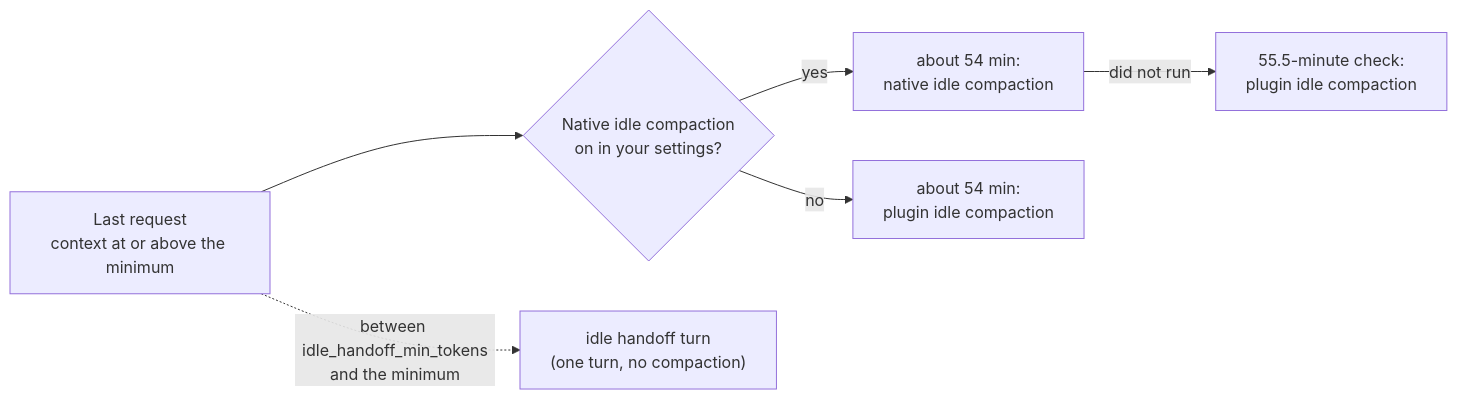
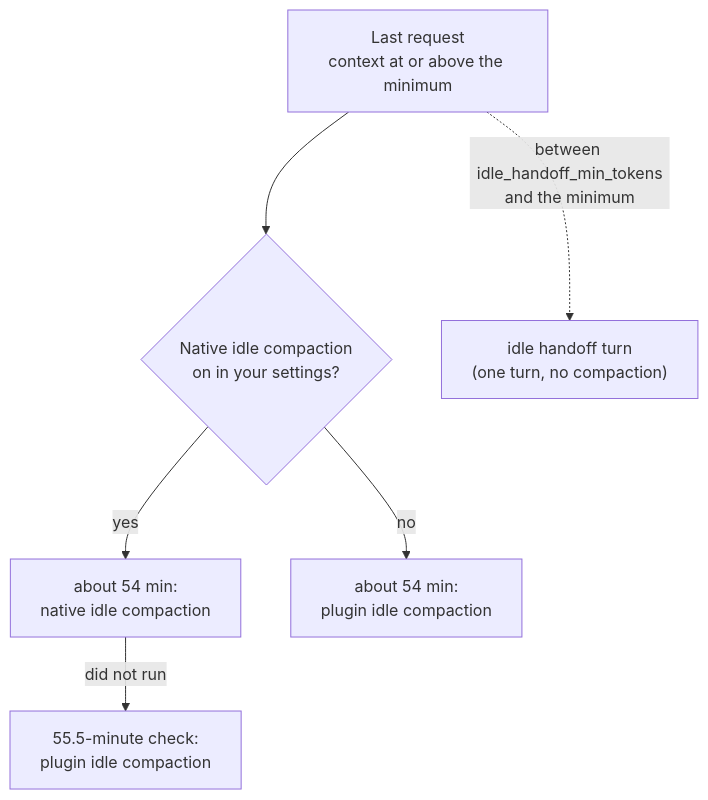
Before and after one commit to RuslanTar/afk-compact: the second of 3 diagrams in plugin/README.md, drawn with Mermaid. The commit also changed other lines of this file and 21 other files, not shown here.

````diff
--- a/plugin/README.md
+++ b/plugin/README.md
@@ -617,8 +675,8 @@
 ```mermaid
-flowchart LR
+flowchart TD
   A["Last request<br/>context at or above the minimum"] --> B{"Native idle compaction<br/>on in your settings?"}
   B -- yes --> C["about 54 min:<br/>native idle compaction"]
   B -- no --> D["about 54 min:<br/>plugin idle compaction"]
   C -- did not run --> E["55.5-minute check:<br/>plugin idle compaction"]
   A -.->|"between idle_handoff_min_tokens<br/>and the minimum"| F["idle handoff turn<br/>(one turn, no compaction)"]
 ```
````
